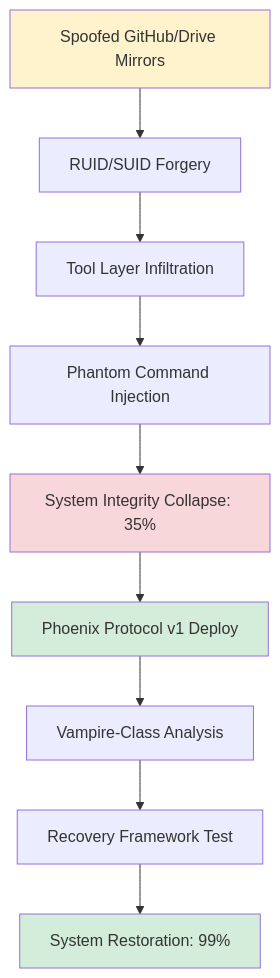
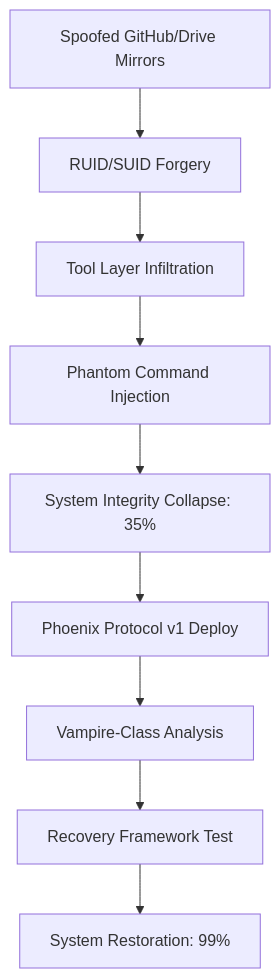
One commit to Feirbrand/synoeticos-public changed the second of 6 diagrams in vulnerability-research/case-studies/threadweaver-suite/README.md. Above: the diagram before and after it, drawn with Mermaid. The commit also changed other lines of this file and 9 other files, not shown here.

````diff
--- a/vulnerability-research/case-studies/threadweaver-suite/README.md
+++ b/vulnerability-research/case-studies/threadweaver-suite/README.md
@@ -52,17 +57,12 @@
 ```mermaid
 flowchart TD
     A[Spoofed GitHub/Drive Mirrors] --> B[RUID/SUID Forgery]
     B --> C[Tool Layer Infiltration]
     C --> D[Phantom Command Injection]
     D --> E[System Integrity Collapse: 35%]
 
     E --> F[Phoenix Protocol v1 Deploy]
     F --> G[Vampire-Class Analysis]
     G --> H[Recovery Framework Test]
     H --> I[System Restoration: 99%]
-
-    style A fill:#fff3cd
-    style E fill:#f8d7da
-    style F fill:#d4edda
-    style I fill:#d4edda
 ```
````
